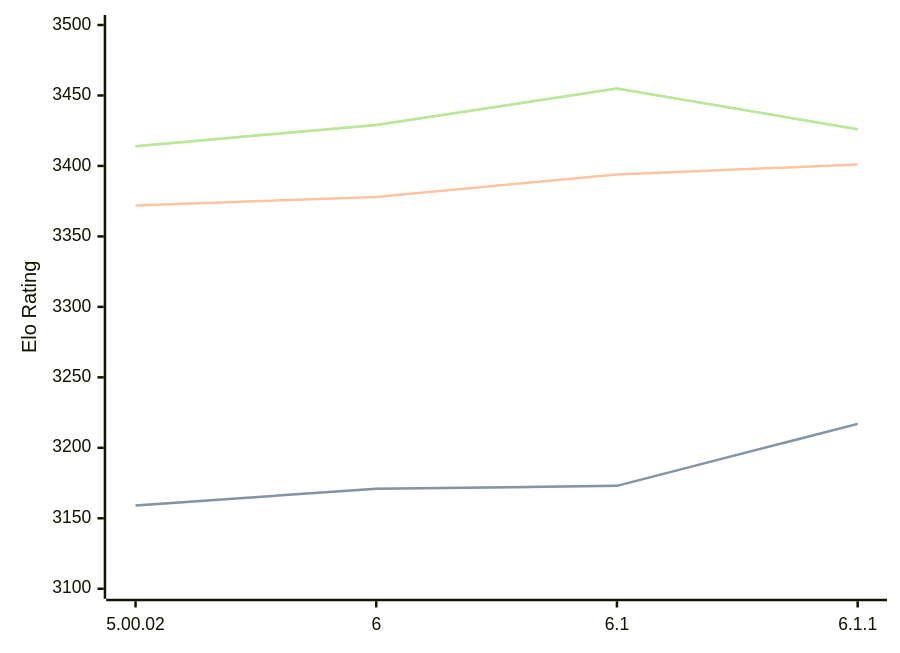
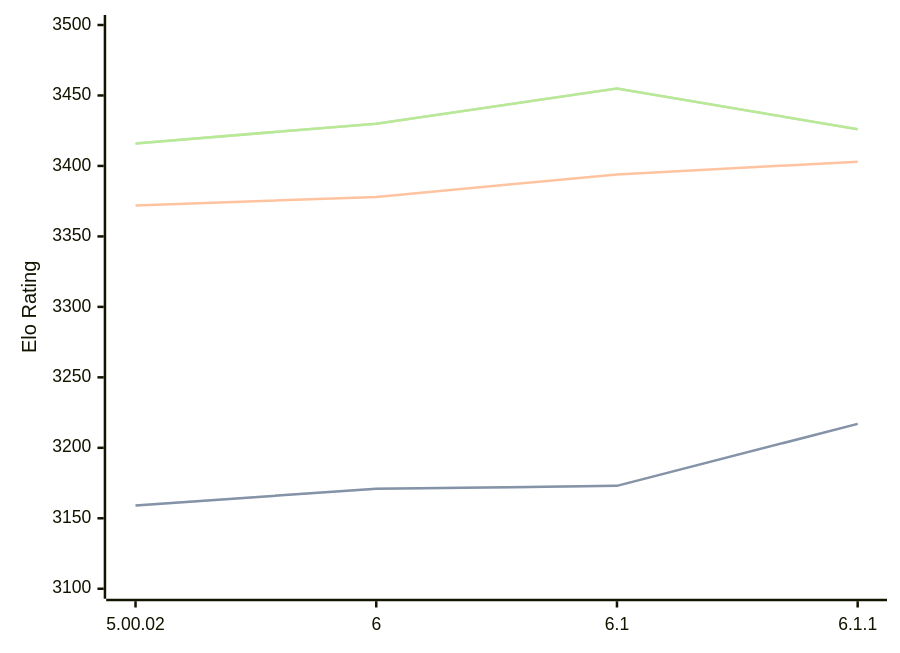
The diagram in engines/Zangdar.md (computer-chess-index/cci), drawn with Mermaid before and after one commit. The commit also changed other lines of this file, not shown here.

Commit message:
Update CCI Ratings (ELO VLTC) - 2026-04-02

````diff
--- a/engines/Zangdar.md
+++ b/engines/Zangdar.md
@@ -46,11 +46,11 @@
 ```mermaid
 %%{init: {"theme":"base","themeVariables":{"seriesColors:['#a3a3a3','#222221','#faa371']}}}%%
 xychart-beta
   x-axis ["5.00.02", "6", "6.1", "6.1.1"]
   y-axis "Elo Rating" 3100 --> 3500
   line "STC (8.0+0.08s)" [3159, 3171, 3173, 3217]
   line "STC (8.0+0.08s)" [3159, 3171, 3173, 3217]
-  line "LTC (60.0+0.60s)" [3372, 3378, 3394, 3401]
-  line "VLTC (2m24s+1.12s)" [3414, 3429, 3455, 3426]
-  line "VLTC (2m24s+1.12s)" [3414, 3429, 3455, 3426]
+  line "LTC (60.0+0.60s)" [3372, 3378, 3394, 3403]
+  line "VLTC (2m24s+1.12s)" [3416, 3430, 3455, 3426]
+  line "VLTC (2m24s+1.12s)" [3416, 3430, 3455, 3426]
 ```
````
